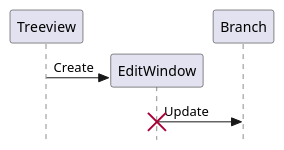
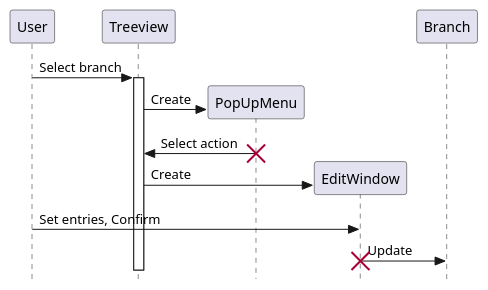
The third of 3 diagrams in uml/uml.puml (jiristrouhal/HoFi), drawn with PlantUML before and after one commit. The commit also changed 1 other file, not shown here.

Commit message:
Add right-click popup to uml

```diff
--- a/uml/uml.puml
+++ b/uml/uml.puml
@@ -73,11 +73,19 @@
 @startuml treeview_sequence_diagram
 skinparam Shadowing false
 skinparam Style strictuml
 
-    create Treeview
+    User -> Treeview: Select branch
+    activate Treeview
+    create PopUpMenu
+    Treeview -> PopUpMenu: Create
+    PopUpMenu -> Treeview: Select action
+    create EditWindow
+    destroy PopUpMenu
+
     create EditWindow
     Treeview -> EditWindow: Create
+    User -> EditWindow: Set entries, Confirm
     Branch <- EditWindow: Update
     destroy EditWindow
 
 @enduml
```
